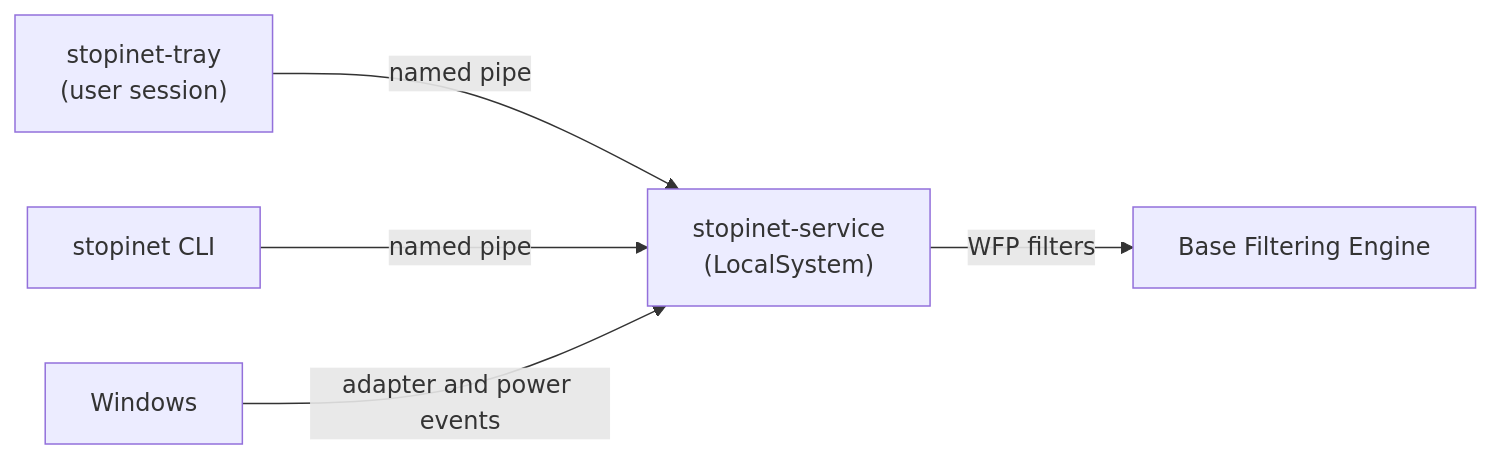
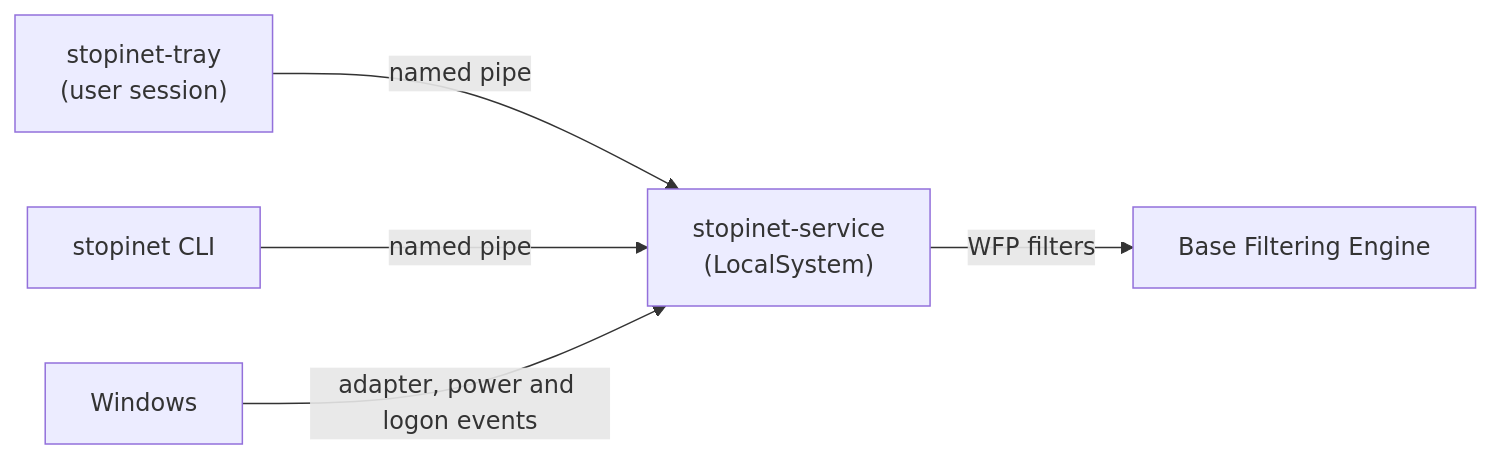
Before and after one commit to Morkoshka/stop-internet: the diagram in README.md, drawn with Mermaid. The commit also changed other lines of this file and 5 other files, not shown here.

````diff
--- a/README.md
+++ b/README.md
@@ -51,7 +51,7 @@
 ```mermaid
 flowchart LR
     Tray["stopinet-tray<br/>(user session)"] -- named pipe --> Svc["stopinet-service<br/>(LocalSystem)"]
     CLI["stopinet CLI"] -- named pipe --> Svc
     Svc -- "WFP filters" --> BFE["Base Filtering Engine"]
-    Win["Windows"] -- "adapter and power events" --> Svc
+    Win["Windows"] -- "adapter, power and logon events" --> Svc
 ```
````
